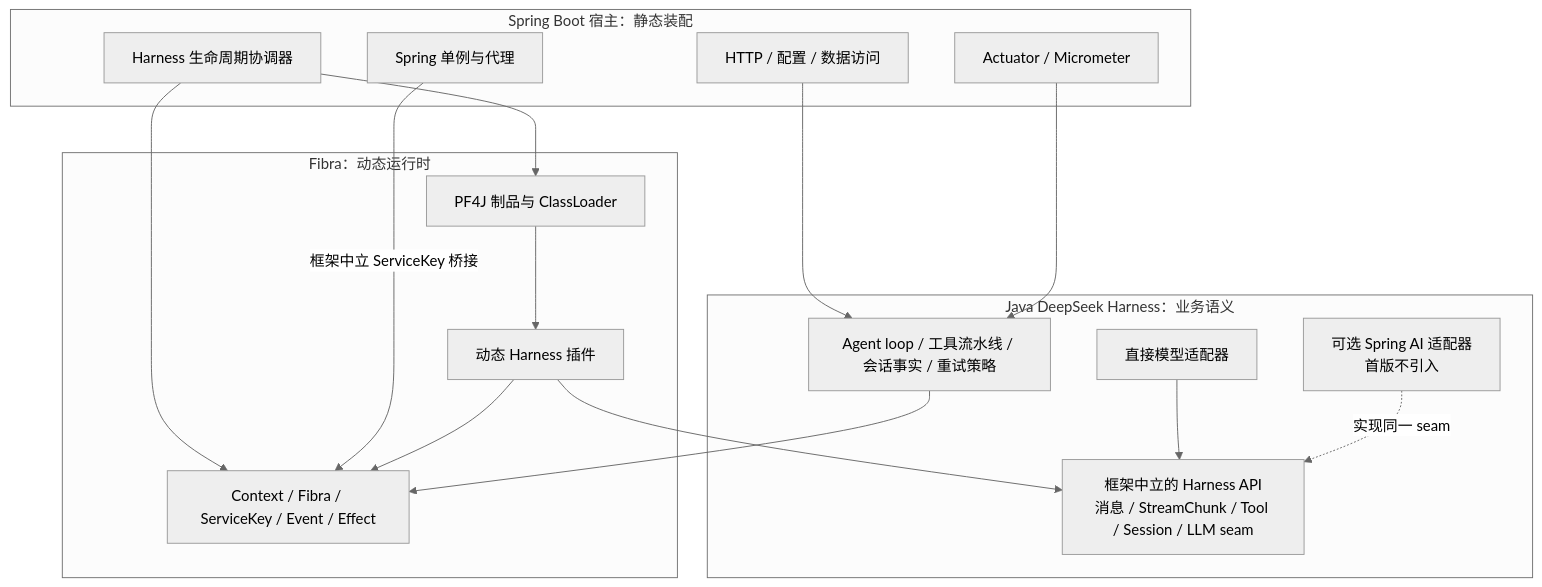
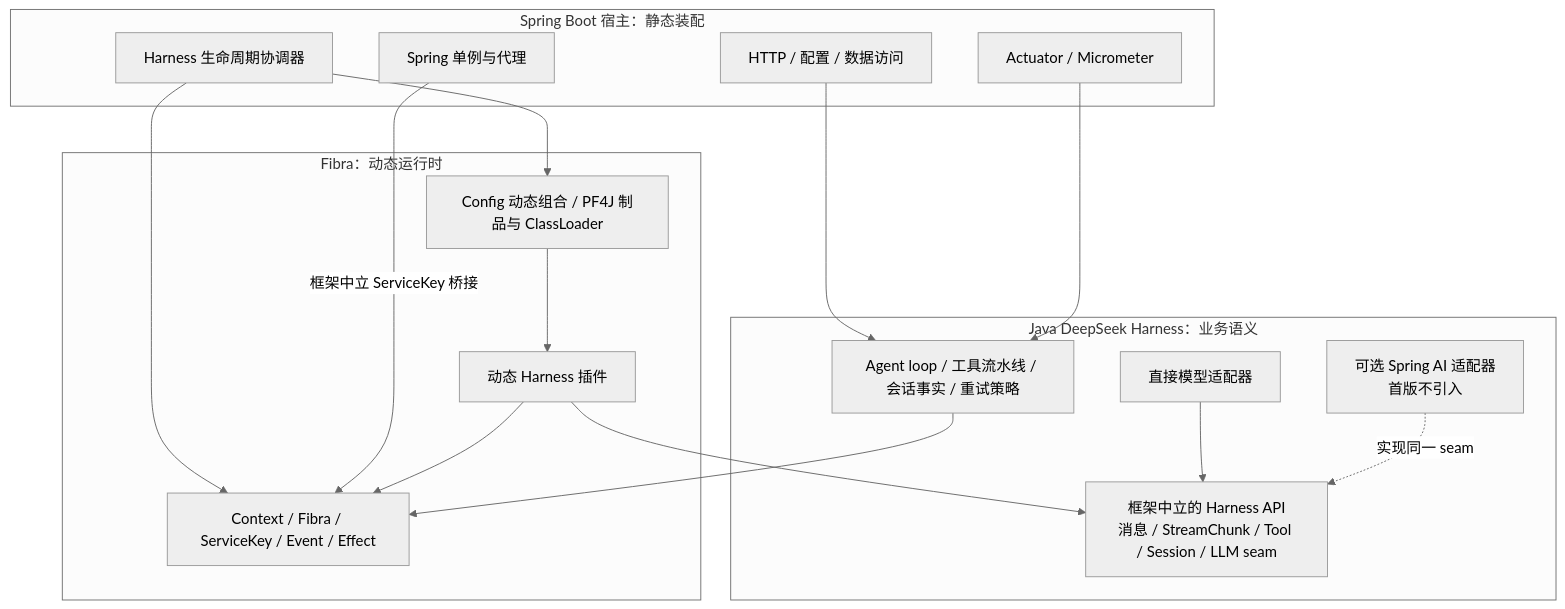
One commit to sunker0115/fibra changed the diagram in docs/superpowers/specs/2026-08-22-fibra-spring-harness-integration-architecture.md. Above: the diagram before and after it, drawn with Mermaid (neutral theme). The commit also changed other lines of this file and 80 other files, not shown here.

````diff
--- a/docs/superpowers/specs/2026-08-22-fibra-spring-harness-integration-architecture.md
+++ b/docs/superpowers/specs/2026-08-22-fibra-spring-harness-integration-architecture.md
@@ -19,34 +19,34 @@
 ```mermaid
 flowchart TB
   subgraph Host[Spring Boot 宿主：静态装配]
     Web[HTTP / 配置 / 数据访问]
     Ops[Actuator / Micrometer]
     Lifecycle[Harness 生命周期协调器]
     SpringServices[Spring 单例与代理]
   end
 
   subgraph Harness[Java DeepSeek Harness：业务语义]
     Contracts[框架中立的 Harness API\n消息 / StreamChunk / Tool / Session / LLM seam]
     Runtime[Agent loop / 工具流水线 / 会话事实 / 重试策略]
     DirectModel[直接模型适配器]
     OptionalSpringAI[可选 Spring AI 适配器\n首版不引入]
   end
 
   subgraph Fibra[Fibra：动态运行时]
     Core[Context / Fibra / ServiceKey / Event / Effect]
-    Loader[PF4J 制品与 ClassLoader]
+    Loader[Config 动态组合 / PF4J 制品与 ClassLoader]
     Plugins[动态 Harness 插件]
   end
 
   Web --> Runtime
   Ops --> Runtime
   Lifecycle --> Core
   Lifecycle --> Loader
   SpringServices -->|框架中立 ServiceKey 桥接| Core
   Runtime --> Core
   DirectModel --> Contracts
   OptionalSpringAI -.实现同一 seam.-> Contracts
   Plugins --> Contracts
   Plugins --> Core
   Loader --> Plugins
 ```
````
